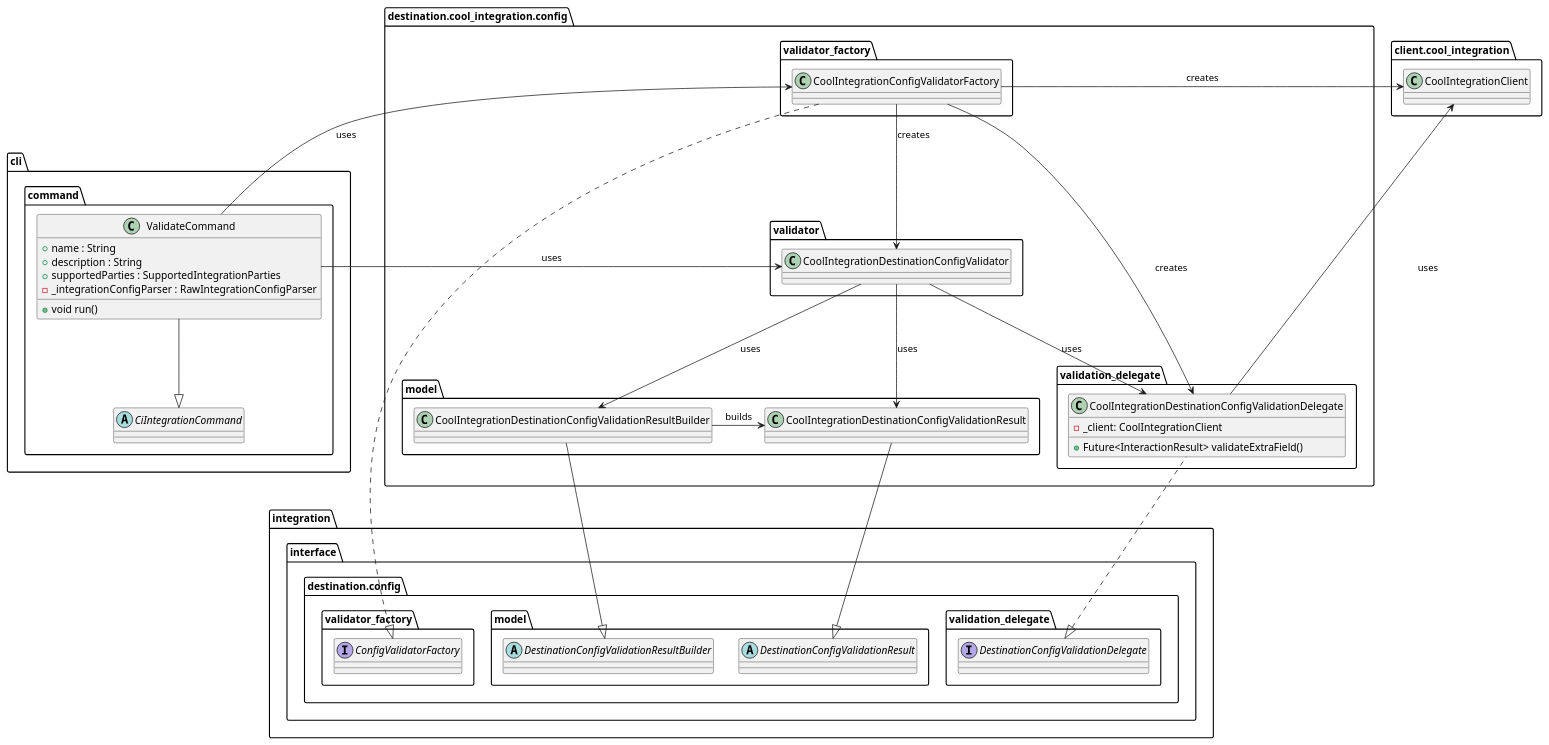
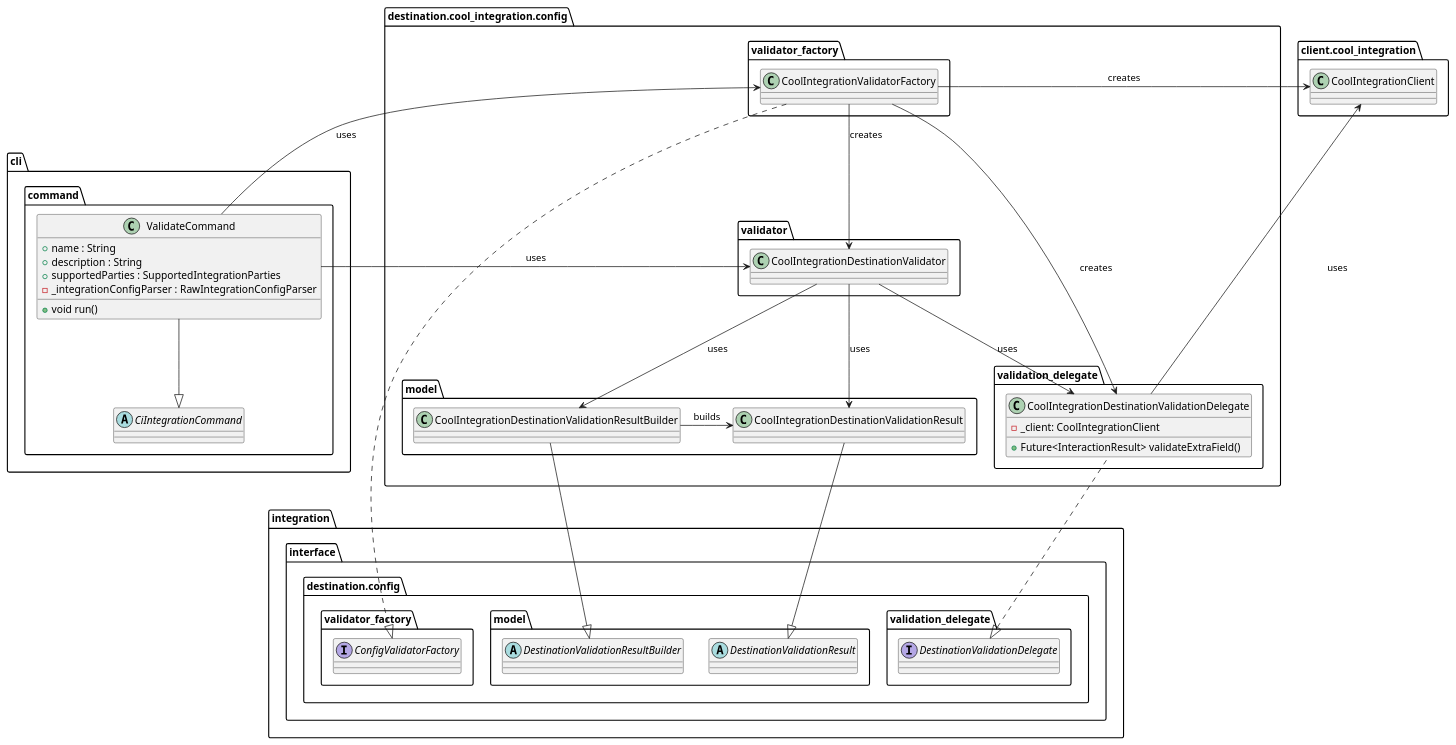
Before and after one commit to Flank/flank-dashboard: the diagram in metrics/ci_integrations/docs/diagrams/ci_integrations_config_validator_destination_class_diagram.puml, drawn with PlantUML. The commit also changed 2 other files, not shown here.

```diff
--- a/metrics/ci_integrations/docs/diagrams/ci_integrations_config_validator_destination_class_diagram.puml
+++ b/metrics/ci_integrations/docs/diagrams/ci_integrations_config_validator_destination_class_diagram.puml
@@ -1,86 +1,86 @@
 @startuml ci_integrations_config_validator_class_diagram
 
     package integration.interface {
         package destination.config as interface_config {
 
             package validation_delegate as interface_delegate {
-                interface DestinationConfigValidationDelegate {}
+                interface DestinationValidationDelegate {}
             }
 
             package validator_factory as interface_factory {
                 interface ConfigValidatorFactory {}
             }
 
             package model as interface_model {
-                abstract class DestinationConfigValidationResult {}
+                abstract class DestinationValidationResult {}
                 
-                abstract class DestinationConfigValidationResultBuilder {}
+                abstract class DestinationValidationResultBuilder {}
             }
 
         }
     }
 
     package destination.cool_integration.config as cool_integration_config {
         package validator as cool_integration_validator {
-            class CoolIntegrationDestinationConfigValidator {}
+            class CoolIntegrationDestinationValidator {}
         }
 
         package validator_factory as cool_integration_validator_validator_factory {
-            class CoolIntegrationConfigValidatorFactory {}
+            class CoolIntegrationValidatorFactory {}
         }
 
         package validation_delegate {
-            class CoolIntegrationDestinationConfigValidationDelegate {
+            class CoolIntegrationDestinationValidationDelegate {
                 - _client: CoolIntegrationClient
 
                 + Future<InteractionResult> validateExtraField()
             }
         }
 
         package model as cool_integration_model {
-            class CoolIntegrationDestinationConfigValidationResultBuilder {}
+            class CoolIntegrationDestinationValidationResultBuilder {}
 
-            class CoolIntegrationDestinationConfigValidationResult {}
+            class CoolIntegrationDestinationValidationResult {}
         }
     }
 
     package client.cool_integration as client_cool_integration {
         class CoolIntegrationClient {}
     }
 
     package cli.command {
         abstract class CiIntegrationCommand {}
 
         class ValidateCommand {
             + name : String
             + description : String
             + supportedParties : SupportedIntegrationParties
             - _integrationConfigParser : RawIntegrationConfigParser
 
             + void run()
         }
     }
 
-    CoolIntegrationDestinationConfigValidator --> CoolIntegrationDestinationConfigValidationDelegate : uses
-    CoolIntegrationDestinationConfigValidationDelegate --> CoolIntegrationClient : uses
-    CoolIntegrationConfigValidatorFactory --> CoolIntegrationDestinationConfigValidator : creates
-    CoolIntegrationConfigValidatorFactory --> CoolIntegrationClient : creates
-    CoolIntegrationConfigValidatorFactory --> CoolIntegrationDestinationConfigValidationDelegate : creates
+    CoolIntegrationDestinationValidator --> CoolIntegrationDestinationValidationDelegate : uses
+    CoolIntegrationDestinationValidationDelegate --> CoolIntegrationClient : uses
+    CoolIntegrationValidatorFactory --> CoolIntegrationDestinationValidator : creates
+    CoolIntegrationValidatorFactory --> CoolIntegrationClient : creates
+    CoolIntegrationValidatorFactory --> CoolIntegrationDestinationValidationDelegate : creates
 
     ValidateCommand -down-|> CiIntegrationCommand
-    ValidateCommand -left-> CoolIntegrationDestinationConfigValidator : uses
-    ValidateCommand -left-> CoolIntegrationConfigValidatorFactory : uses
+    ValidateCommand -left-> CoolIntegrationDestinationValidator : uses
+    ValidateCommand -left-> CoolIntegrationValidatorFactory : uses
 
-    CoolIntegrationDestinationConfigValidationDelegate .left.|> DestinationConfigValidationDelegate
-    CoolIntegrationDestinationConfigValidationResult -down-|> DestinationConfigValidationResult
-    CoolIntegrationDestinationConfigValidationResultBuilder -down-|> DestinationConfigValidationResultBuilder
+    CoolIntegrationDestinationValidationDelegate .left.|> DestinationValidationDelegate
+    CoolIntegrationDestinationValidationResult -down-|> DestinationValidationResult
+    CoolIntegrationDestinationValidationResultBuilder -down-|> DestinationValidationResultBuilder
     
-    CoolIntegrationDestinationConfigValidator --> CoolIntegrationDestinationConfigValidationResultBuilder : uses
-    CoolIntegrationDestinationConfigValidator --> CoolIntegrationDestinationConfigValidationResult : uses
+    CoolIntegrationDestinationValidator --> CoolIntegrationDestinationValidationResultBuilder : uses
+    CoolIntegrationDestinationValidator --> CoolIntegrationDestinationValidationResult : uses
 
-    CoolIntegrationDestinationConfigValidationResultBuilder -right-> CoolIntegrationDestinationConfigValidationResult : builds
+    CoolIntegrationDestinationValidationResultBuilder -right-> CoolIntegrationDestinationValidationResult : builds
 
-    CoolIntegrationConfigValidatorFactory ..|> ConfigValidatorFactory
+    CoolIntegrationValidatorFactory ..|> ConfigValidatorFactory
 
-    CoolIntegrationConfigValidatorFactory -[hidden]left-> CoolIntegrationClient
+    CoolIntegrationValidatorFactory -[hidden]left-> CoolIntegrationClient
 @enduml
```
